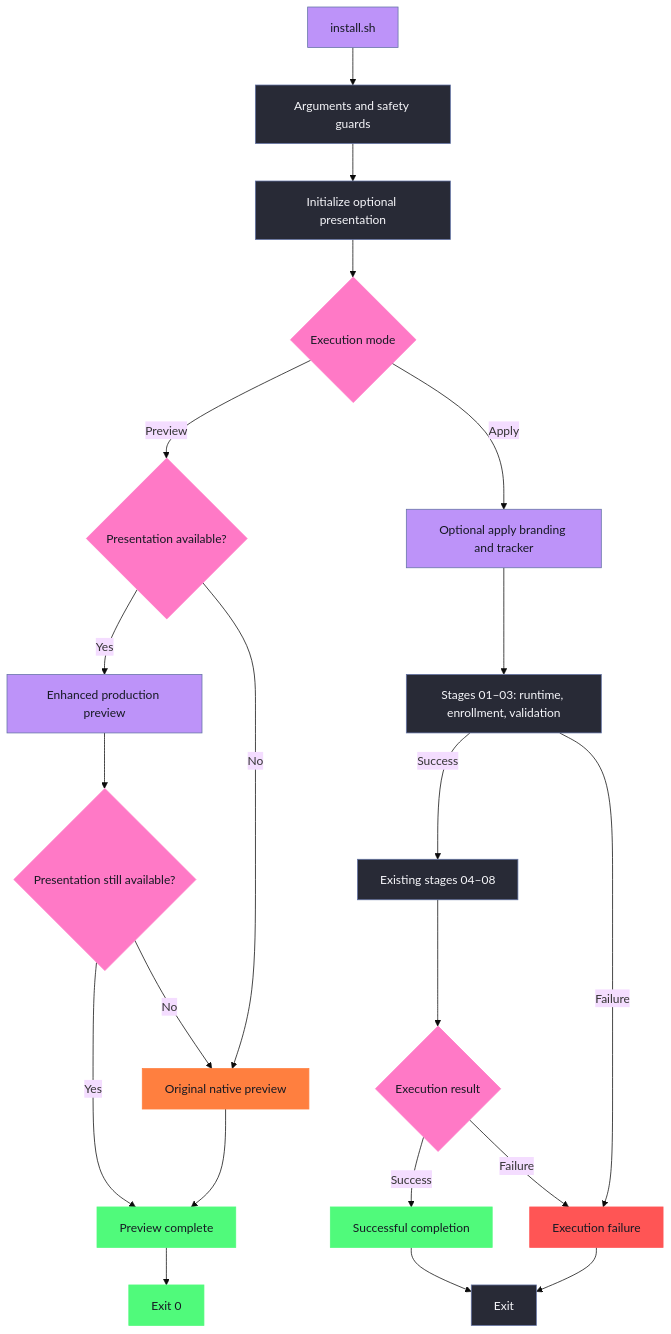
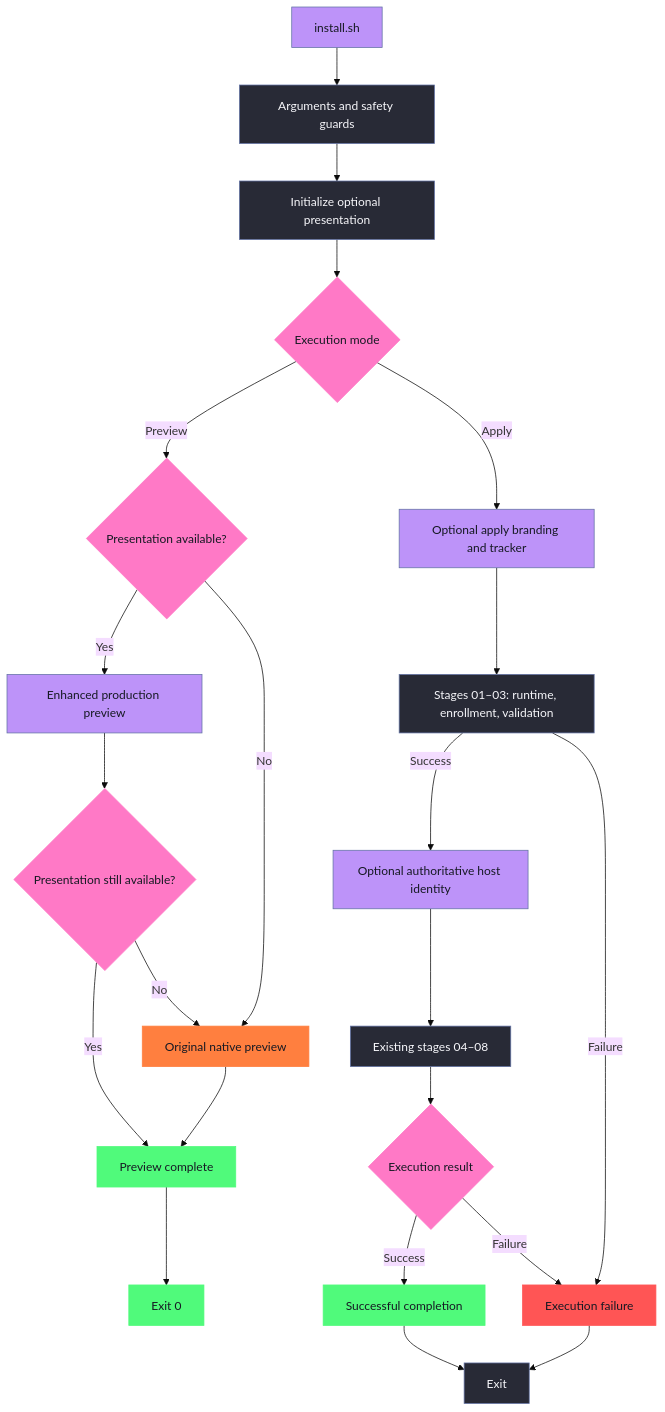
The second of 2 diagrams in README.md (calico88x/novalabs-dotfiles), drawn with Mermaid (base theme) before and after one commit. The commit also changed other lines of this file and 4 other files, not shown here.

Commit message:
feat(bootstrap): integrate authoritative host identity presentation

````diff
--- a/README.md
+++ b/README.md
@@ -430,37 +431,38 @@
 ```mermaid
 flowchart TD
     A["install.sh"] --> B["Arguments and safety guards"]
     B --> C["Initialize optional presentation"]
     C --> D{"Execution mode"}
     D -->|Preview| E{"Presentation available?"}
     E -->|Yes| F["Enhanced production preview"]
     E -->|No| G["Original native preview"]
     F --> H{"Presentation still available?"}
     H -->|Yes| I["Preview complete"]
     H -->|No| G
     G --> I
     D -->|Apply| P["Optional apply branding and tracker"]
     P --> Q["Stages 01–03: runtime, enrollment, validation"]
-    Q -->|Success| J["Existing stages 04–08"]
+    Q -->|Success| R["Optional authoritative host identity"]
+    R --> J["Existing stages 04–08"]
     Q -->|Failure| M
     J --> K{"Execution result"}
     K -->|Success| L["Successful completion"]
     K -->|Failure| M["Execution failure"]
     I --> N["Exit 0"]
     L --> O["Exit"]
     M --> O
 
     classDef brand fill:#BD93F9,stroke:#6272A4,color:#161923
     classDef success fill:#50FA7B,stroke:#50FA7B,color:#161923
     classDef failure fill:#FF5555,stroke:#FF5555,color:#161923
     classDef decision fill:#FF79C6,stroke:#FF79C6,color:#161923
     classDef process fill:#282A36,stroke:#6272A4,color:#F7F7FB
     classDef fallback fill:#FF7F3F,stroke:#FF7F3F,color:#161923
 
-    class A,F,P brand
+    class A,F,P,R brand
     class I,L,N success
     class M failure
     class D,E,H,K decision
     class B,C,J,O,Q process
     class G fallback
 ```
````
